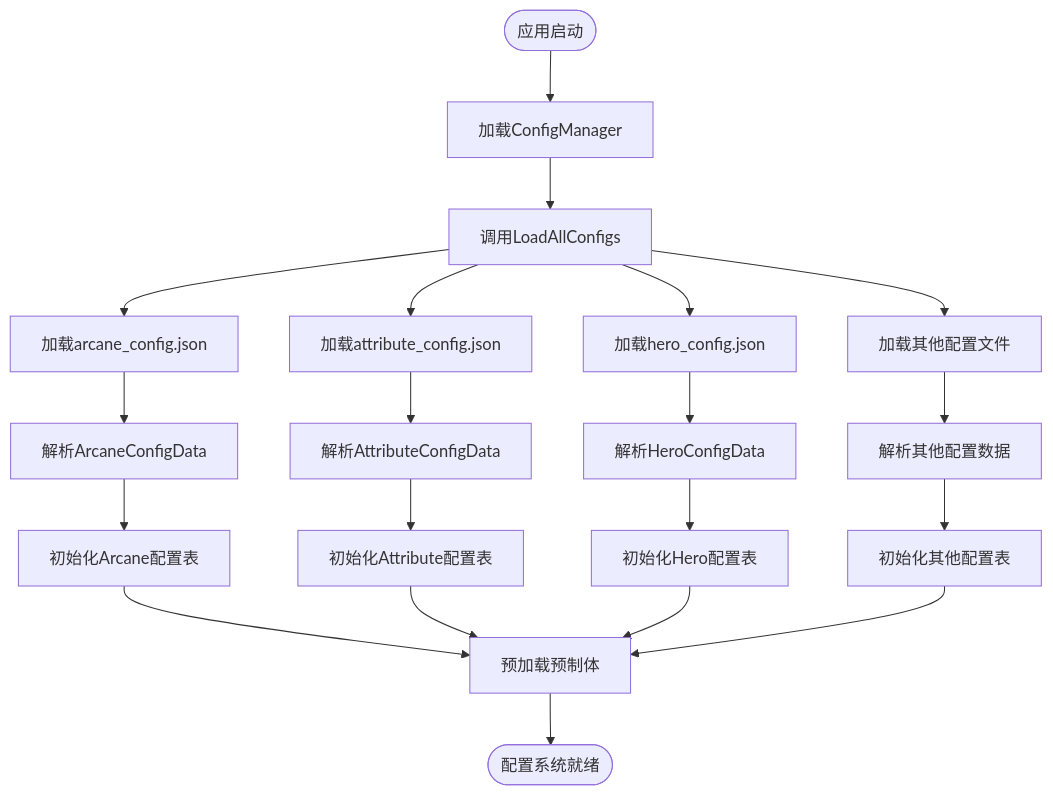
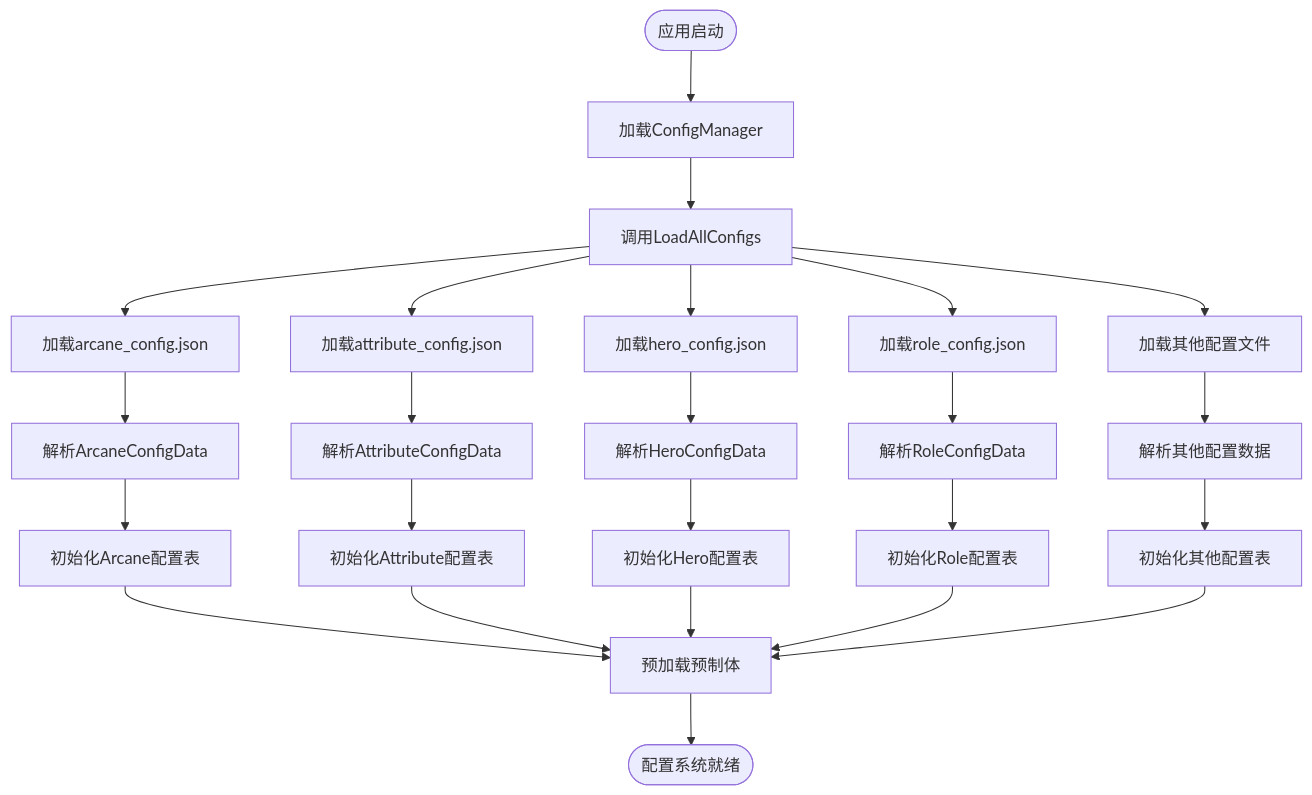
Before and after one commit to Tuusen/p1_client: the fourth of 8 diagrams in .qoder/repowiki/zh/content/Old Configuration System.md, drawn with Mermaid. The commit also changed other lines of this file and 5 other files, not shown here.

````diff
--- a/.qoder/repowiki/zh/content/Old Configuration System.md
+++ b/.qoder/repowiki/zh/content/Old Configuration System.md
@@ -254,22 +266,26 @@
 ```mermaid
 flowchart TD
 Start([应用启动]) --> LoadManager[加载ConfigManager]
 LoadManager --> LoadAllConfigs[调用LoadAllConfigs]
 LoadAllConfigs --> LoadArcane[加载arcane_config.json]
 LoadAllConfigs --> LoadAttribute[加载attribute_config.json]
 LoadAllConfigs --> LoadHero[加载hero_config.json]
+LoadAllConfigs --> LoadRole[加载role_config.json]
 LoadAllConfigs --> LoadOther[加载其他配置文件]
 LoadArcane --> ParseArcane[解析ArcaneConfigData]
 LoadAttribute --> ParseAttribute[解析AttributeConfigData]
 LoadHero --> ParseHero[解析HeroConfigData]
+LoadRole --> ParseRole[解析RoleConfigData]
 LoadOther --> ParseOther[解析其他配置数据]
 ParseArcane --> InitArcaneTable[初始化Arcane配置表]
 ParseAttribute --> InitAttributeTable[初始化Attribute配置表]
 ParseHero --> InitHeroTable[初始化Hero配置表]
+ParseRole --> InitRoleTable[初始化Role配置表]
 ParseOther --> InitOtherTables[初始化其他配置表]
 InitArcaneTable --> PreloadPrefabs[预加载预制体]
 InitAttributeTable --> PreloadPrefabs
 InitHeroTable --> PreloadPrefabs
+InitRoleTable --> PreloadPrefabs
 InitOtherTables --> PreloadPrefabs
 PreloadPrefabs --> Ready([配置系统就绪])
 ```
````
